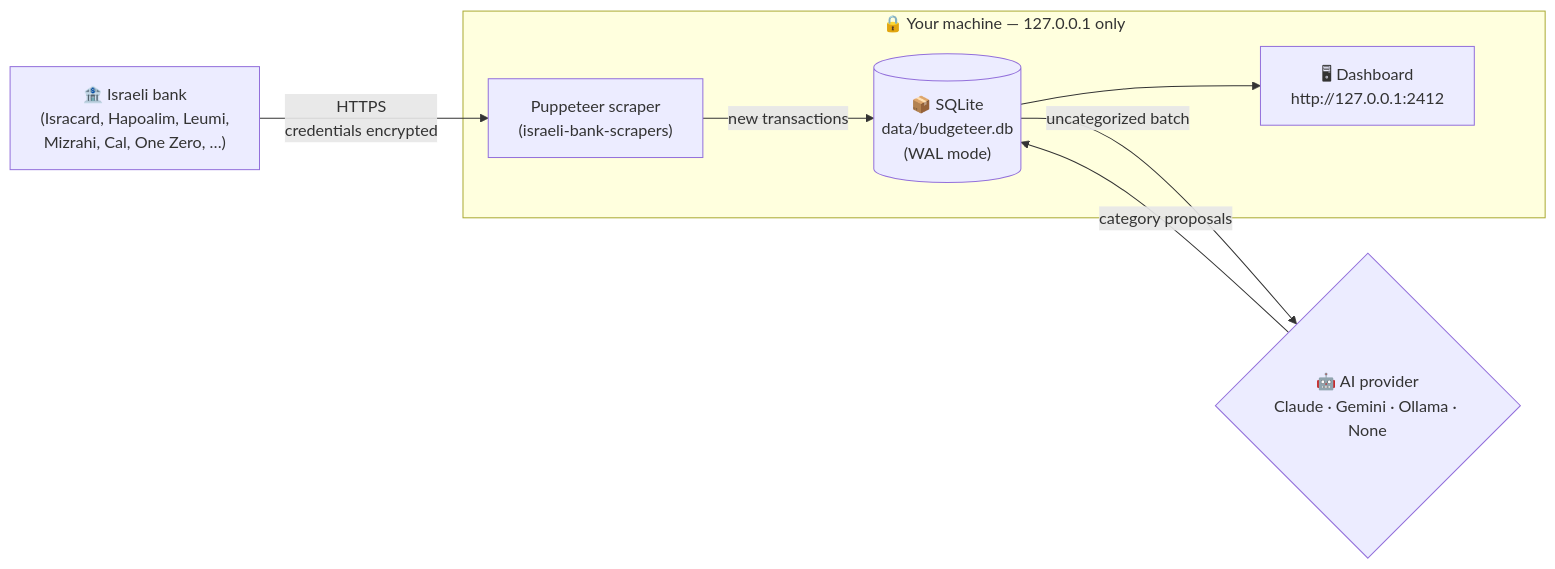
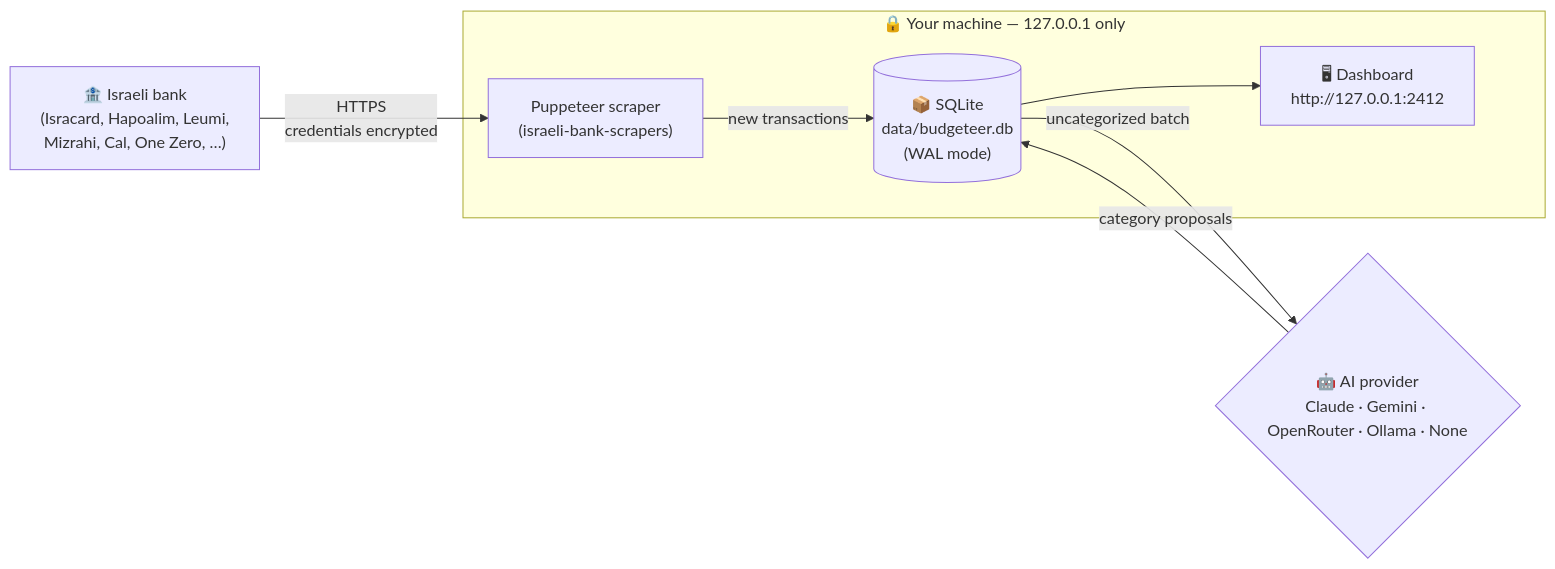
One commit to barad-side-hustle/budgeteer changed the diagram in README.md. Above: the diagram before and after it, drawn with Mermaid. The commit also changed other lines of this file, not shown here.

Commit message:
docs: document OpenRouter AI provider in README

````diff
--- a/README.md
+++ b/README.md
@@ -203,20 +203,20 @@
 ```mermaid
 flowchart LR
     Bank["🏦 Israeli bank<br/>(Isracard, Hapoalim, Leumi,<br/>Mizrahi, Cal, One Zero, …)"]
     Scraper["Puppeteer scraper<br/>(israeli-bank-scrapers)"]
     DB[("📦 SQLite<br/>data/budgeteer.db<br/>(WAL mode)")]
-    AI{"🤖 AI provider<br/>Claude · Gemini · Ollama · None"}
+    AI{"🤖 AI provider<br/>Claude · Gemini · OpenRouter · Ollama · None"}
     UI["🖥 Dashboard<br/>http://127.0.0.1:2412"]
 
     Bank -->|HTTPS<br/>credentials encrypted| Scraper
     Scraper -->|new transactions| DB
     DB -->|uncategorized batch| AI
     AI -->|category proposals| DB
     DB --> UI
 
     subgraph local["🔒 Your machine — 127.0.0.1 only"]
         Scraper
         DB
         UI
     end
 ```
````
